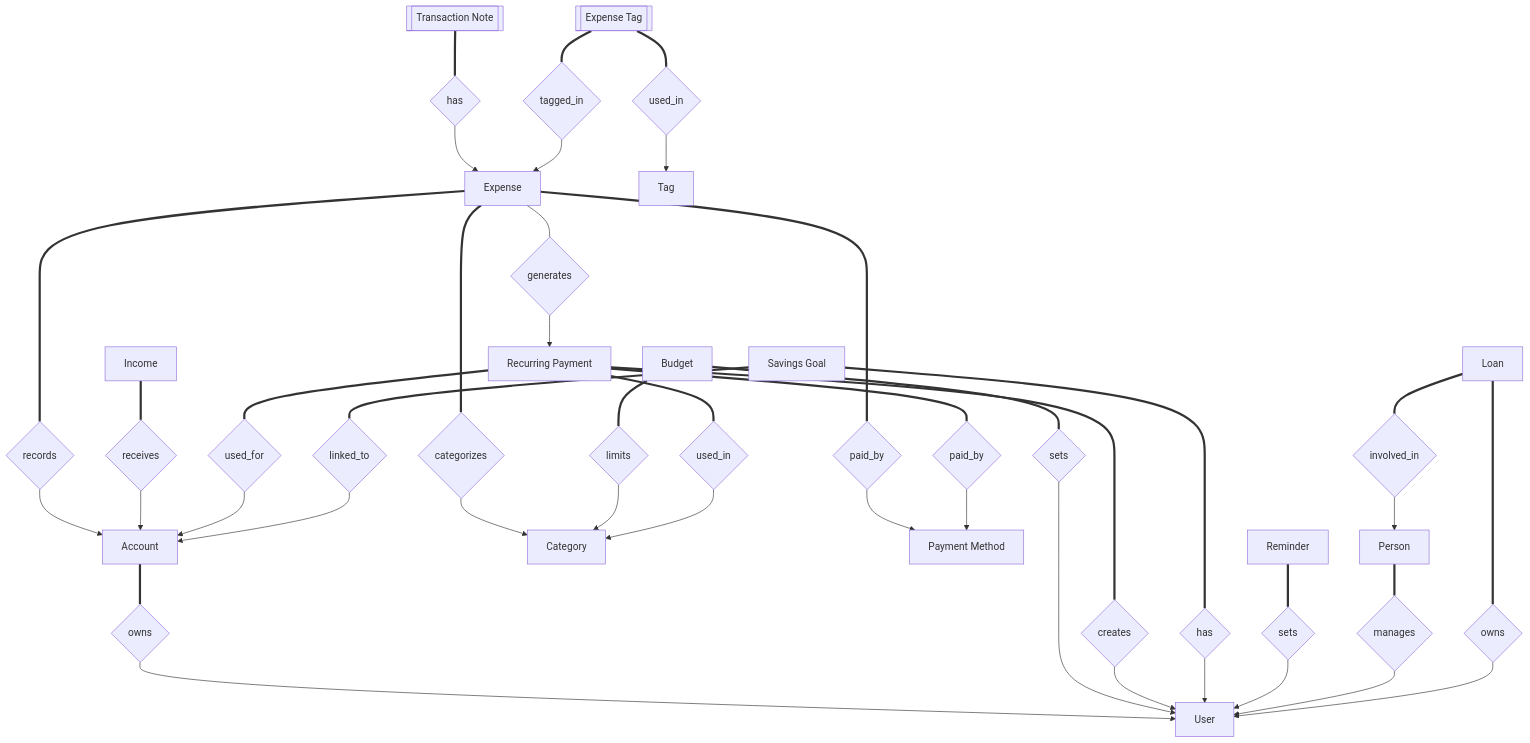
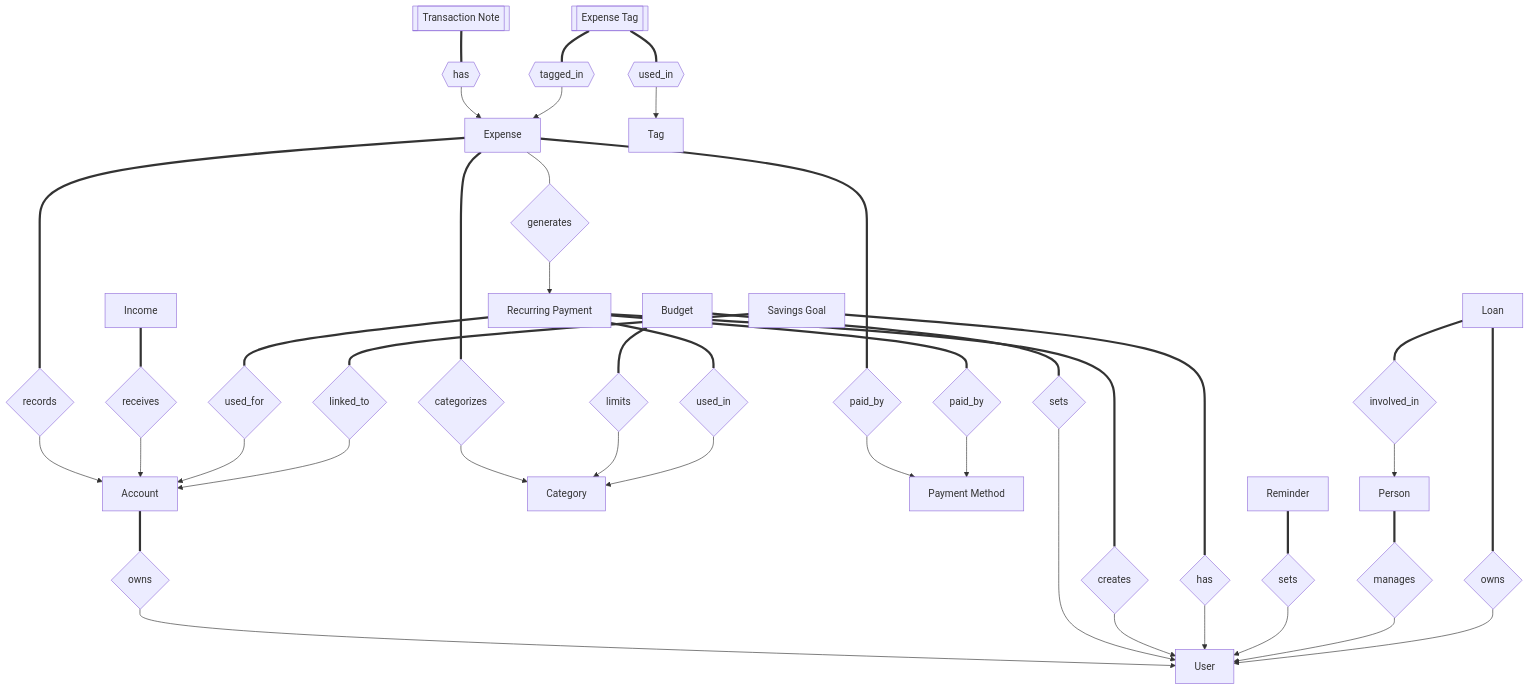
One commit to Souhit-Majumder/Plutus changed the second of 3 diagrams in README.md. Above: the diagram before and after it, drawn with Mermaid. The commit also changed other lines of this file, not shown here.

```diff
--- a/README.md
+++ b/README.md
@@ -218,7 +218,7 @@
     NOTE[[Transaction Note]]
     EXPENSE_TAG[[Expense Tag]]
 
-    %% RELATIONSHIPS (Diamonds)
+    %% RELATIONSHIPS (Standard - Diamonds)
     OWNS_ACC{owns}
     SETS_BUD{sets}
     CREATES_REC{creates}
@@ -236,13 +236,14 @@
     PAID_BY_EXP{paid_by}
     PAID_BY_REC{paid_by}
     GENERATES_EXP{generates}
-    HAS_NOTE{has}
-    TAGS_EXP{tagged_in}
-    TAGS_TAG{used_in}
     INVOLVED_IN{involved_in}
 
+    %% RELATIONSHIPS (Identifying/Weak - Hexagons acting as Double Diamonds)
+    HAS_NOTE{{"has"}}
+    TAGS_EXP{{"tagged_in"}}
+    TAGS_TAG{{"used_in"}}
+
     %% USER RELATIONS
-    %% M-side Total (===), 1-side Partial (-->)
     ACCOUNT === OWNS_ACC
     OWNS_ACC --> USER
 
@@ -295,17 +296,14 @@
     PAID_BY_REC --> PAYMENT
 
     %% RECURRING PAYMENT TO EXPENSE
-    %% Expense's recurring_id is NULLable (Partial participation on both sides)
     EXPENSE --- GENERATES_EXP
     GENERATES_EXP --> RECURRING
 
-    %% WEAK ENTITY: TRANSACTION NOTE
-    %% Note has total participation, Expense is the 1-side
+    %% WEAK ENTITY: TRANSACTION NOTE (Uses Hexagon)
     NOTE === HAS_NOTE
     HAS_NOTE --> EXPENSE
 
-    %% WEAK/ASSOCIATIVE ENTITY: EXPENSE TAG
-    %% Bridges the M:N between Expense and Tag
+    %% WEAK/ASSOCIATIVE ENTITY: EXPENSE TAG (Uses Hexagons)
     EXPENSE_TAG === TAGS_EXP
     TAGS_EXP --> EXPENSE
 
```
